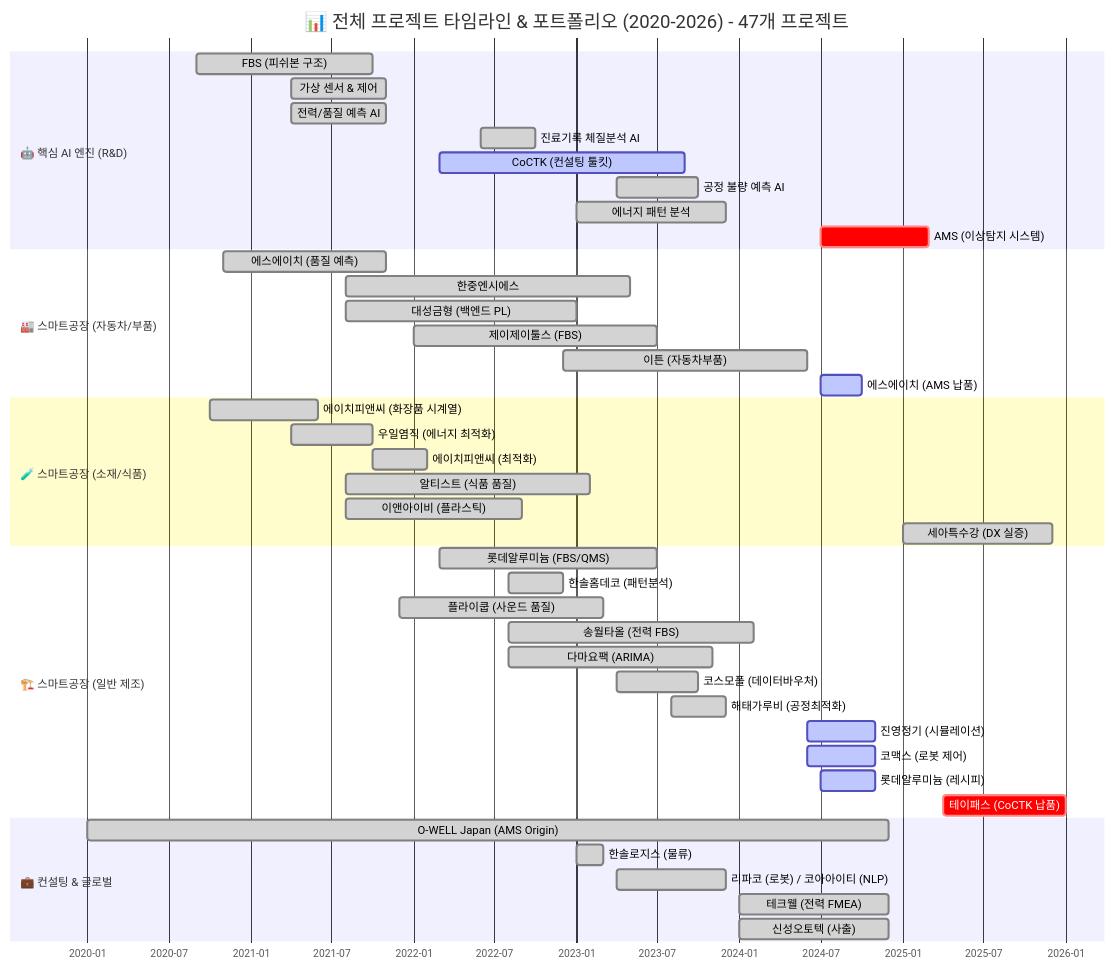
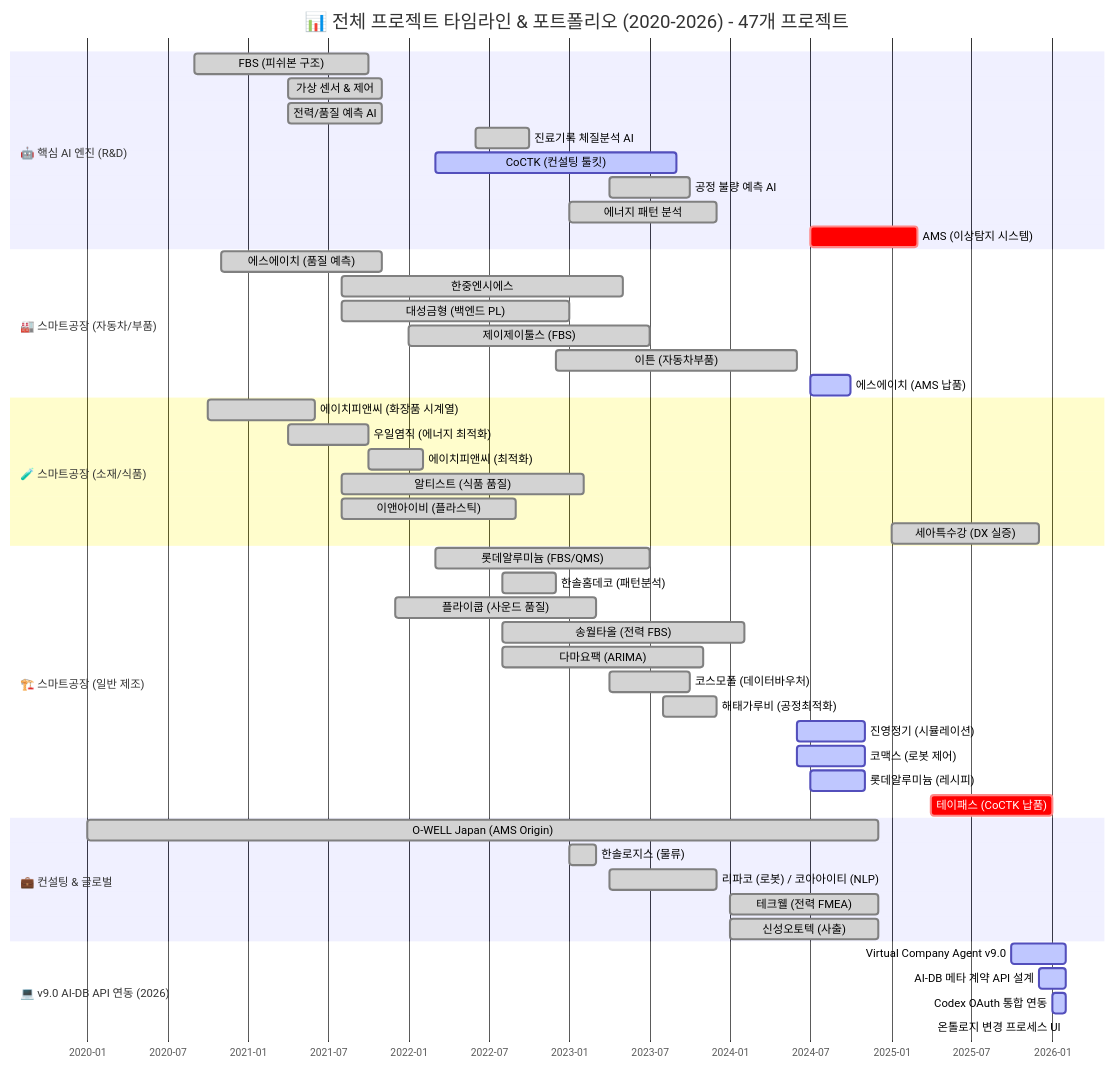
The first of 5 diagrams in portfolio/portfolio_docs/resume_generator/assets/일반공개/권순룡_포트폴리오_일반공개_Fullstack_Engineer.md (moobaek/Testing_AI_agents_for_public_use), drawn with Mermaid before and after one commit. The commit also changed other lines of this file and 14 other files, not shown here.

````diff
--- a/portfolio/portfolio_docs/resume_generator/assets/일반공개/권순룡_포트폴리오_일반공개_Fullstack_Engineer.md
+++ b/portfolio/portfolio_docs/resume_generator/assets/일반공개/권순룡_포트폴리오_일반공개_Fullstack_Engineer.md
@@ -22,53 +22,59 @@
 ```mermaid
 gantt
     title 📊 전체 프로젝트 타임라인 & 포트폴리오 (2020-2026) - 47개 프로젝트
     dateFormat  YYYY-MM
     axisFormat  %Y-%m
     tickInterval 6month
 
     section 🤖 핵심 AI 엔진 (R&D)
     FBS (피쉬본 구조)              :done,    r1, 2020-09, 2021-10
     가상 센서 & 제어               :done,    r2, 2021-04, 2021-11
     전력/품질 예측 AI              :done,    r3, 2021-04, 2021-11
     진료기록 체질분석 AI           :done,    r4, 2022-06, 2022-10
     CoCTK (컨설팅 툴킷)          :active,  r5, 2022-03, 2023-09
     공정 불량 예측 AI              :done,    r6, 2023-04, 2023-10
     에너지 패턴 분석               :done,    r7, 2023-01, 2023-12
     AMS (이상탐지 시스템)          :crit,    r8, 2024-07, 2025-03
 
     section 🏭 스마트공장 (자동차/부품)
     에스에이치 (품질 예측)         :done,    sf1, 2020-11, 2021-11
     한중엔시에스                   :done,    sf2, 2021-08, 2023-05
     대성금형 (백엔드 PL)           :done,    sf3, 2021-08, 2023-01
     제이제이툴스 (FBS)             :done,    sf4, 2022-01, 2023-07
     이튼 (자동차부품)              :done,    sf5, 2022-12, 2024-06
     에스에이치 (AMS 납품)          :active,  sf6, 2024-07, 2024-10
 
     section 🧪 스마트공장 (소재/식품)
     에이치피앤씨 (화장품 시계열)   :done,    sf7, 2020-10, 2021-06
     우일염직 (에너지 최적화)       :done,    sf8, 2021-04, 2021-10
     에이치피앤씨 (최적화)          :done,    sf9, 2021-10, 2022-02
     알티스트 (식품 품질)           :done,    sf10, 2021-08, 2023-02
     이앤아이비 (플라스틱)          :done,    sf11, 2021-08, 2022-09
     세아특수강 (DX 실증)           :done,    sf12, 2025-01, 2025-12
 
     section 🏗️ 스마트공장 (일반 제조)
     롯데알루미늄 (FBS/QMS)         :done,    sf13, 2022-03, 2023-07
     한솔홈데코 (패턴분석)          :done,    sf14, 2022-08, 2022-12
     플라이쿱 (사운드 품질)         :done,    sf15, 2021-12, 2023-03
     송월타올 (전력 FBS)            :done,    sf16, 2022-08, 2024-02
     다마요팩 (ARIMA)               :done,    sf17, 2022-08, 2023-11
     코스모폴 (데이터바우처)        :done,    sf18, 2023-04, 2023-10
     해태가루비 (공정최적화)        :done,    sf19, 2023-08, 2023-12
     진영정기 (시뮬레이션)          :active,  sf20, 2024-06, 2024-11
     코맥스 (로봇 제어)             :active,  sf21, 2024-06, 2024-11
     롯데알루미늄 (레시피)          :active,  sf22, 2024-07, 2024-11
     테이패스 (CoCTK 납품)          :crit,    sf23, 2025-04, 2026-01
 
     section 💼 컨설팅 & 글로벌
     O-WELL Japan (AMS Origin)      :done,    c1, 2020-01, 2024-12
     한솔로지스 (물류)              :done,    c2, 2023-01, 2023-03
     리파코 (로봇) / 코아아이티 (NLP)      :done,    c3, 2023-04, 2023-12
     테크웰 (전력 FMEA)             :done,    c4, 2024-01, 2024-12
     신성오토텍 (사출)              :done,    c5, 2024-01, 2024-12
+
+    section 💻 v9.0 AI-DB API 연동 (2026)
+    Virtual Company Agent v9.0        :active,  v1, 2025-10, 2026-02
+    AI-DB 메타 계약 API 설계           :active,  v2, 2025-12, 2026-02
+    Codex OAuth 통합 연동             :active,  v3, 2026-01, 2026-02
+    온톨로지 변경 프로세스 UI           :active,  v4, 2026-02, 2026-02
 ```
````
